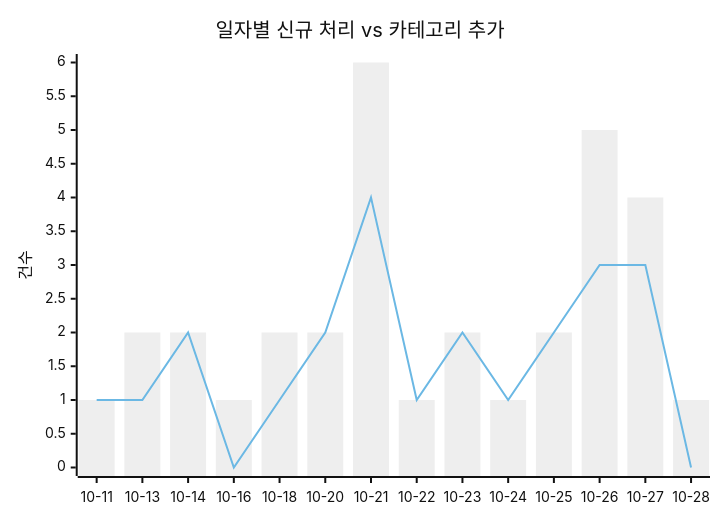
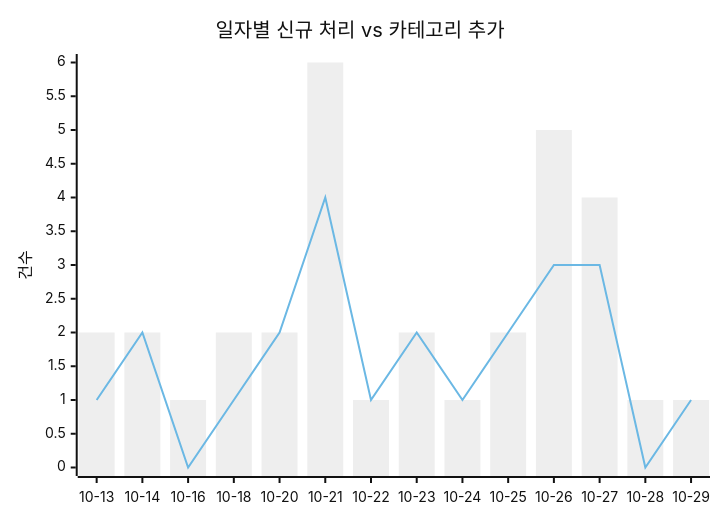
Before and after one commit to J-nowcow/awesome-korean-agent-skills: the first of 2 diagrams in docs/trends.md, drawn with Mermaid (neutral theme). The commit also changed other lines of this file and 4 other files, not shown here.

````diff
--- a/docs/trends.md
+++ b/docs/trends.md
@@ -32,8 +32,8 @@
 ```mermaid
 xychart-beta
     title "일자별 신규 처리 vs 카테고리 추가"
-    x-axis ["10-11","10-13","10-14","10-16","10-18","10-20","10-21","10-22","10-23","10-24","10-25","10-26","10-27","10-28"]
+    x-axis ["10-13","10-14","10-16","10-18","10-20","10-21","10-22","10-23","10-24","10-25","10-26","10-27","10-28","10-29"]
     y-axis "건수"
-    bar [1,2,2,1,2,2,6,1,2,1,2,5,4,1]
-    line [1,1,2,0,1,2,4,1,2,1,2,3,3,0]
+    bar [2,2,1,2,2,6,1,2,1,2,5,4,1,1]
+    line [1,2,0,1,2,4,1,2,1,2,3,3,0,1]
 ```
````
